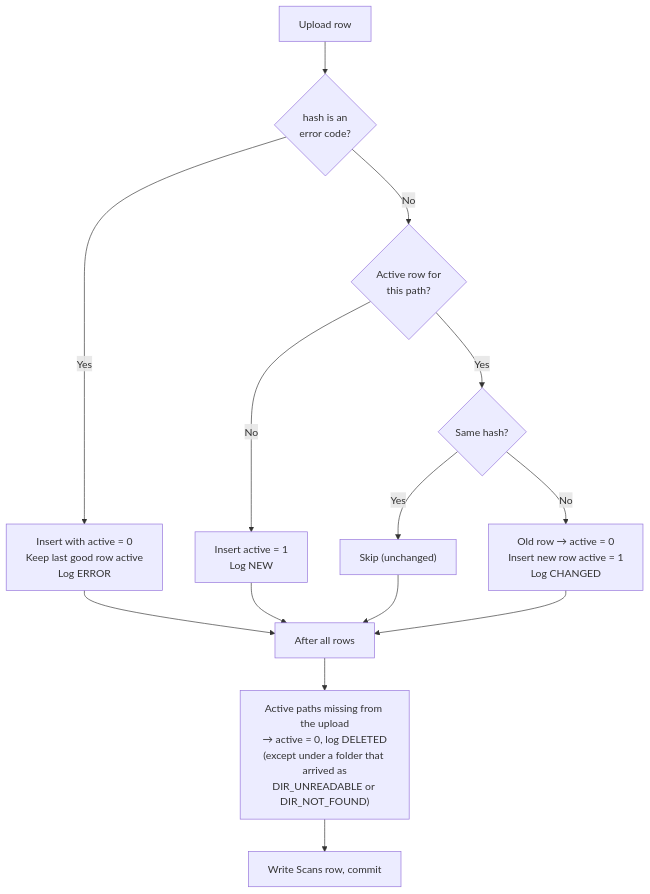
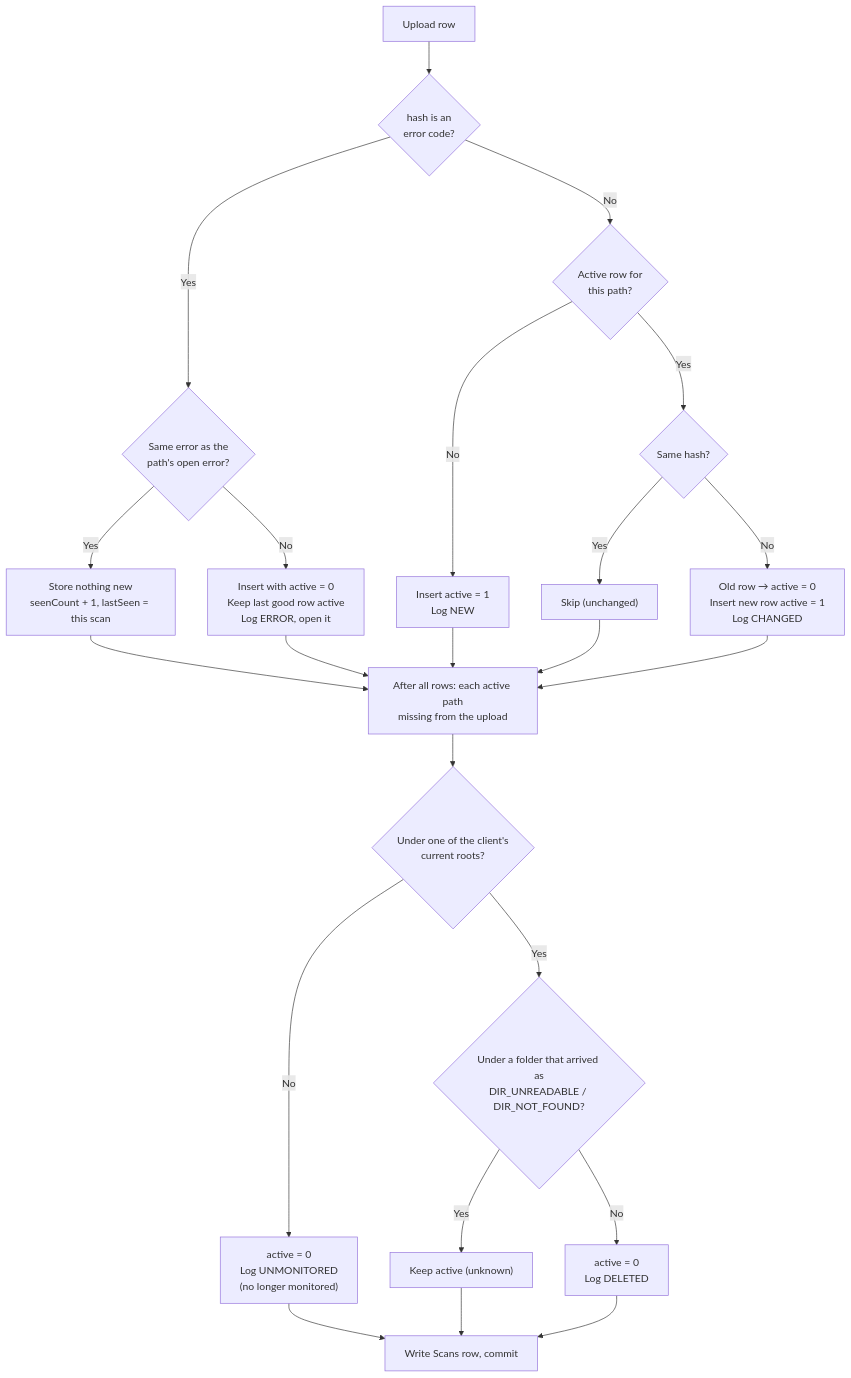
One commit to Carter89490/Capstone_Porject- changed the seventh of 12 diagrams in README.md. Above: the diagram before and after it, drawn with Mermaid. The commit also changed other lines of this file and 16 other files, not shown here.

````diff
--- a/README.md
+++ b/README.md
@@ -212,13 +283,19 @@
 ```mermaid
 flowchart TD
     R["Upload row"] --> E{"hash is an<br/>error code?"}
-    E -- "Yes" --> ER["Insert with active = 0<br/>Keep last good row active<br/>Log ERROR"]
+    E -- "Yes" --> SE{"Same error as the<br/>path's open error?"}
+    SE -- "Yes" --> RP["Store nothing new<br/>seenCount + 1, lastSeen = this scan"]
+    SE -- "No" --> ER["Insert with active = 0<br/>Keep last good row active<br/>Log ERROR, open it"]
     E -- "No" --> P{"Active row for<br/>this path?"}
     P -- "No" --> N["Insert active = 1<br/>Log NEW"]
     P -- "Yes" --> H{"Same hash?"}
     H -- "Yes" --> U["Skip (unchanged)"]
     H -- "No" --> CH["Old row → active = 0<br/>Insert new row active = 1<br/>Log CHANGED"]
-    ER & N & U & CH --> Done["After all rows"]
-    Done --> Del["Active paths missing from the upload<br/>→ active = 0, log DELETED<br/>(except under a folder that arrived as<br/>DIR_UNREADABLE or DIR_NOT_FOUND)"]
-    Del --> Counts["Write Scans row, commit"]
+    RP & ER & N & U & CH --> Done["After all rows: each active path<br/>missing from the upload"]
+    Done --> Root{"Under one of the client's<br/>current roots?"}
+    Root -- "No" --> UM["active = 0<br/>Log UNMONITORED<br/>(no longer monitored)"]
+    Root -- "Yes" --> UF{"Under a folder that arrived as<br/>DIR_UNREADABLE / DIR_NOT_FOUND?"}
+    UF -- "Yes" --> Keep["Keep active (unknown)"]
+    UF -- "No" --> Del["active = 0<br/>Log DELETED"]
+    UM & Keep & Del --> Counts["Write Scans row, commit"]
 ```
````
